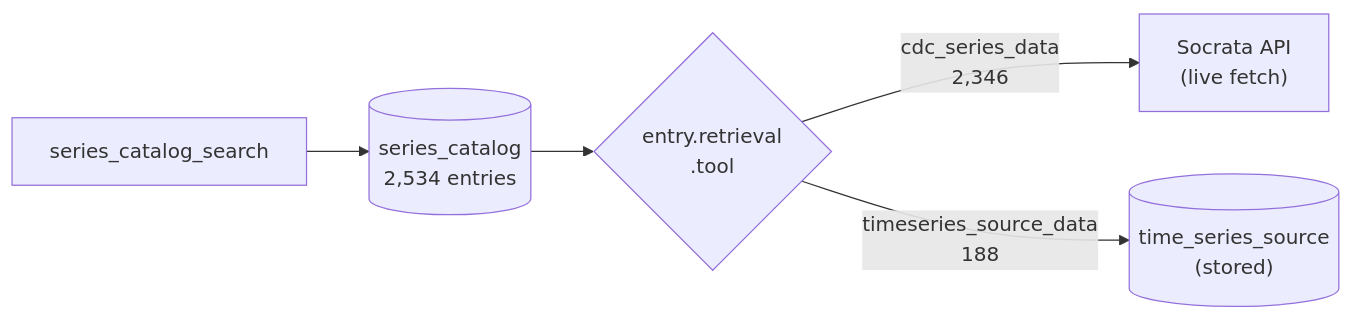
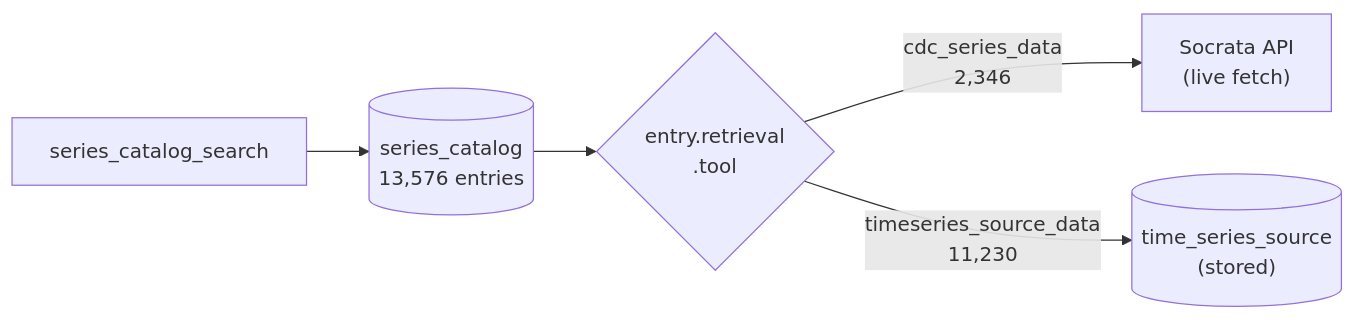
Before and after one commit to glyfish/sefer: the diagram in meida/series-catalog.md, drawn with Mermaid. The commit also changed other lines of this file and 4 other files, not shown here.

````diff
--- a/meida/series-catalog.md
+++ b/meida/series-catalog.md
@@ -94,7 +94,7 @@
 ```mermaid
 graph LR
-    Q["series_catalog_search"] --> C[("series_catalog<br/>2,534 entries")]
+    Q["series_catalog_search"] --> C[("series_catalog<br/>13,576 entries")]
     C --> R{"entry.retrieval<br/>.tool"}
     R -->|"cdc_series_data<br/>2,346"| S["Socrata API<br/>(live fetch)"]
-    R -->|"timeseries_source_data<br/>188"| T[("time_series_source<br/>(stored)")]
+    R -->|"timeseries_source_data<br/>11,230"| T[("time_series_source<br/>(stored)")]
 ```
````
